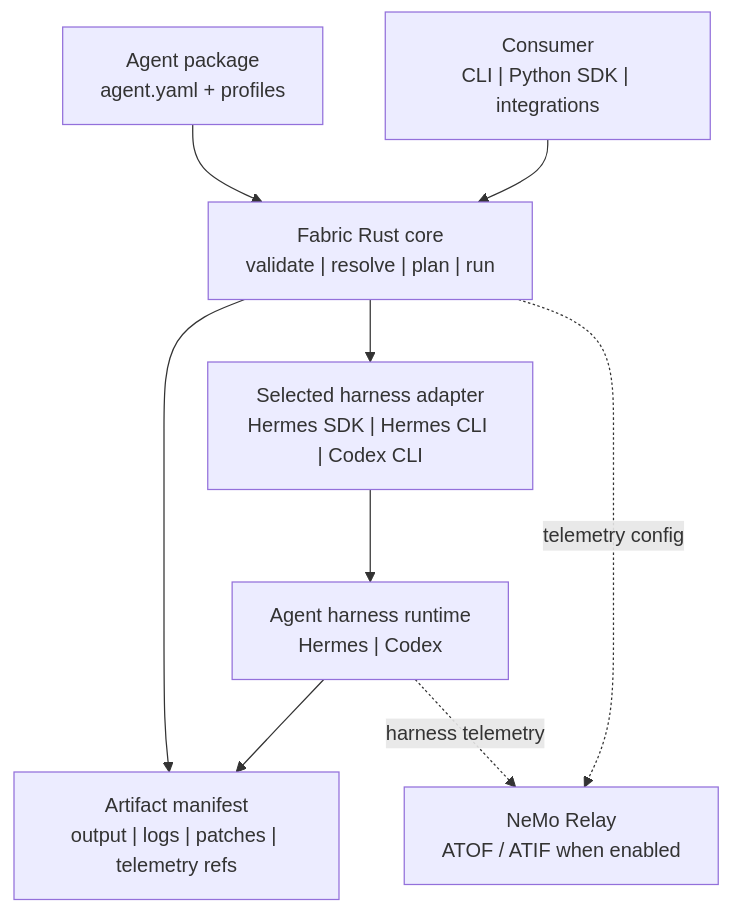
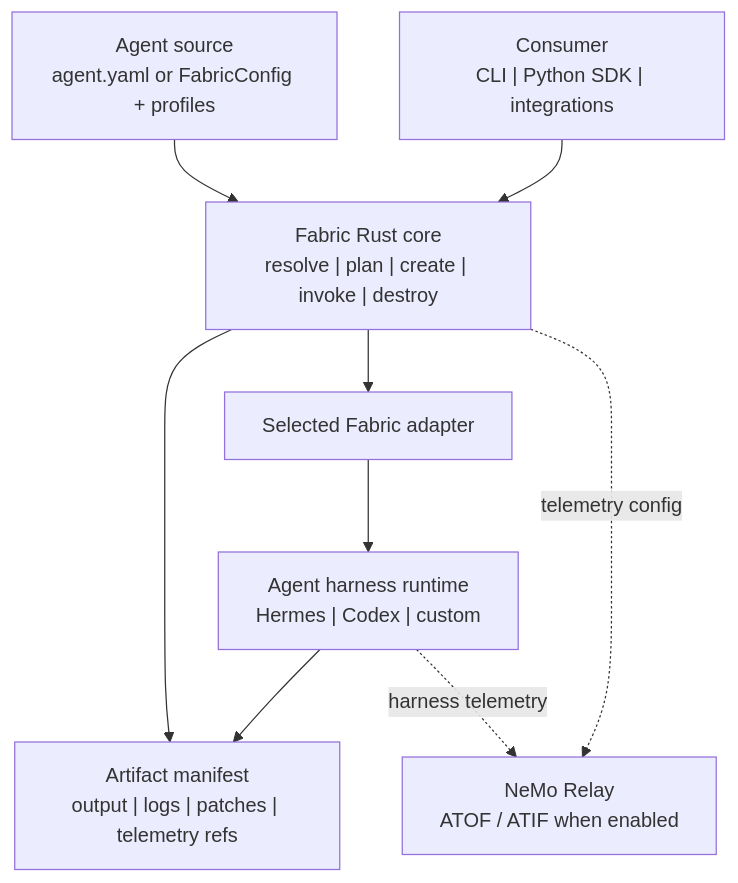
Before and after one commit to NVIDIA/NeMo-Fabric: the diagram in README.md, drawn with Mermaid. The commit also changed other lines of this file and 1 other file, not shown here.

Commit message:
Align README with SDK and Harbor integration

````diff
--- a/README.md
+++ b/README.md
@@ -30,19 +30,19 @@
 ```mermaid
 flowchart TB
   Consumer["Consumer\nCLI | Python SDK | integrations"]
-  Config["Agent package\nagent.yaml + profiles"]
-  Core["Fabric Rust core\nvalidate | resolve | plan | run"]
-  Adapter["Selected harness adapter\nHermes SDK | Hermes CLI | Codex CLI"]
-  Harness["Agent harness runtime\nHermes | Codex"]
+  Config["Agent source\nagent.yaml or FabricConfig + profiles"]
+  Core["Fabric Rust core\nresolve | plan | create | invoke | destroy"]
+  Adapter["Selected Fabric adapter"]
+  Harness["Agent harness runtime\nHermes | Codex | custom"]
   Artifacts["Artifact manifest\noutput | logs | patches | telemetry refs"]
   Relay["NeMo Relay\nATOF / ATIF when enabled"]
 
   Consumer --> Core
   Config --> Core
   Core --> Adapter
   Adapter --> Harness
   Harness --> Artifacts
   Core --> Artifacts
   Core -. telemetry config .-> Relay
   Harness -. harness telemetry .-> Relay
 ```
````
